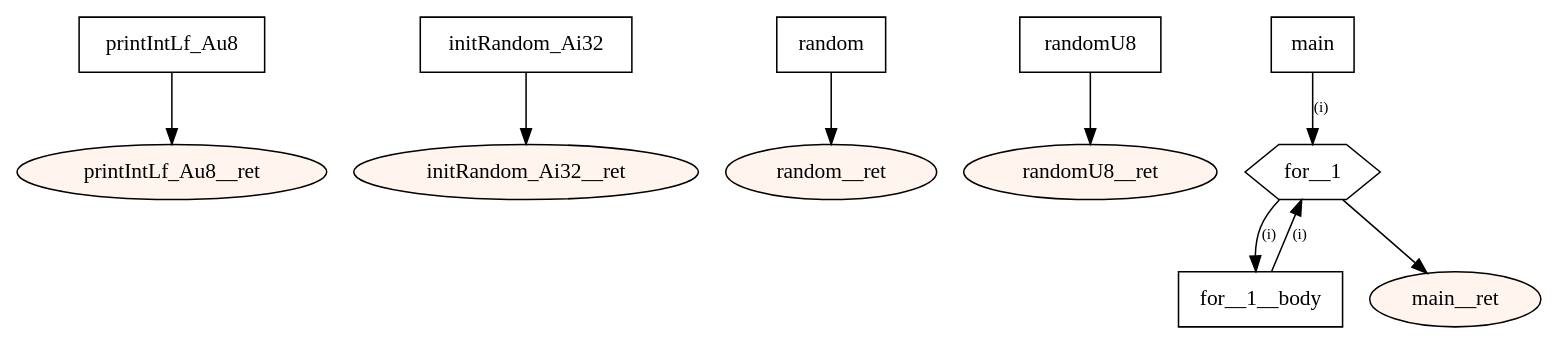
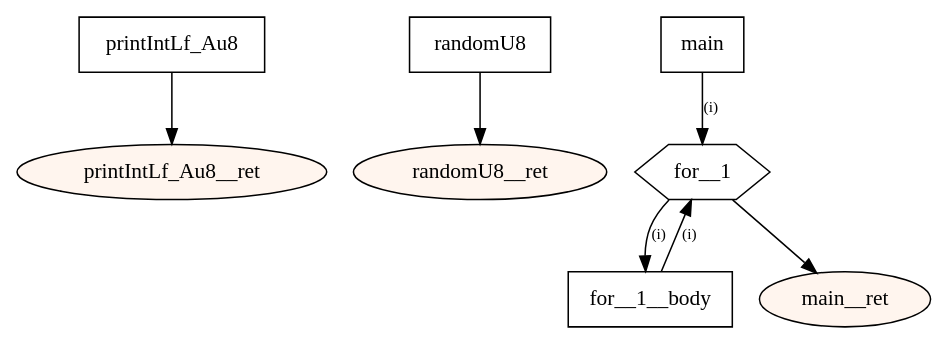
One commit to tmssngr/tinyC changed the diagram in src/main/resources-test/compiler/z8/prng.dot. Above: the diagram before and after it, drawn with Graphviz. The commit also changed 37 other files, not shown here.

```diff
--- a/src/main/resources-test/compiler/z8/prng.dot
+++ b/src/main/resources-test/compiler/z8/prng.dot
@@ -1,33 +1,23 @@
 digraph program {
 	edge[fontsize="10pt"];
 	subgraph fn_printIntLf_Au8 {
 		BasicBlock_0_printIntLf_Au8 [label="printIntLf_Au8",shape=box];
 		BasicBlock_0_printIntLf_Au8 -> BasicBlock_0_printIntLf_Au8__ret;
 		BasicBlock_0_printIntLf_Au8__ret [label="printIntLf_Au8__ret",shape=oval,style=filled,fillcolor="#fff5ee"];
 	}
-	subgraph fn_initRandom_Ai32 {
-		BasicBlock_1_initRandom_Ai32 [label="initRandom_Ai32",shape=box];
-		BasicBlock_1_initRandom_Ai32 -> BasicBlock_1_initRandom_Ai32__ret;
-		BasicBlock_1_initRandom_Ai32__ret [label="initRandom_Ai32__ret",shape=oval,style=filled,fillcolor="#fff5ee"];
-	}
-	subgraph fn_random {
-		BasicBlock_2_random [label="random",shape=box];
-		BasicBlock_2_random -> BasicBlock_2_random__ret;
-		BasicBlock_2_random__ret [label="random__ret",shape=oval,style=filled,fillcolor="#fff5ee"];
-	}
 	subgraph fn_randomU8 {
-		BasicBlock_3_randomU8 [label="randomU8",shape=box];
-		BasicBlock_3_randomU8 -> BasicBlock_3_randomU8__ret;
-		BasicBlock_3_randomU8__ret [label="randomU8__ret",shape=oval,style=filled,fillcolor="#fff5ee"];
+		BasicBlock_1_randomU8 [label="randomU8",shape=box];
+		BasicBlock_1_randomU8 -> BasicBlock_1_randomU8__ret;
+		BasicBlock_1_randomU8__ret [label="randomU8__ret",shape=oval,style=filled,fillcolor="#fff5ee"];
 	}
 	subgraph fn_main {
-		BasicBlock_4_main [label="main",shape=box];
-		BasicBlock_4_main -> BasicBlock_4_for__1 [label="(i)"];
-		BasicBlock_4_for__1__body [label="for__1__body",shape=box];
-		BasicBlock_4_for__1__body -> BasicBlock_4_for__1 [label="(i)"];
-		BasicBlock_4_for__1 [label="for__1",shape=hexagon];
-		BasicBlock_4_for__1 -> BasicBlock_4_main__ret;
-		BasicBlock_4_for__1 -> BasicBlock_4_for__1__body [label="(i)"];
-		BasicBlock_4_main__ret [label="main__ret",shape=oval,style=filled,fillcolor="#fff5ee"];
+		BasicBlock_2_main [label="main",shape=box];
+		BasicBlock_2_main -> BasicBlock_2_for__1 [label="(i)"];
+		BasicBlock_2_for__1__body [label="for__1__body",shape=box];
+		BasicBlock_2_for__1__body -> BasicBlock_2_for__1 [label="(i)"];
+		BasicBlock_2_for__1 [label="for__1",shape=hexagon];
+		BasicBlock_2_for__1 -> BasicBlock_2_main__ret;
+		BasicBlock_2_for__1 -> BasicBlock_2_for__1__body [label="(i)"];
+		BasicBlock_2_main__ret [label="main__ret",shape=oval,style=filled,fillcolor="#fff5ee"];
 	}
 }
```
